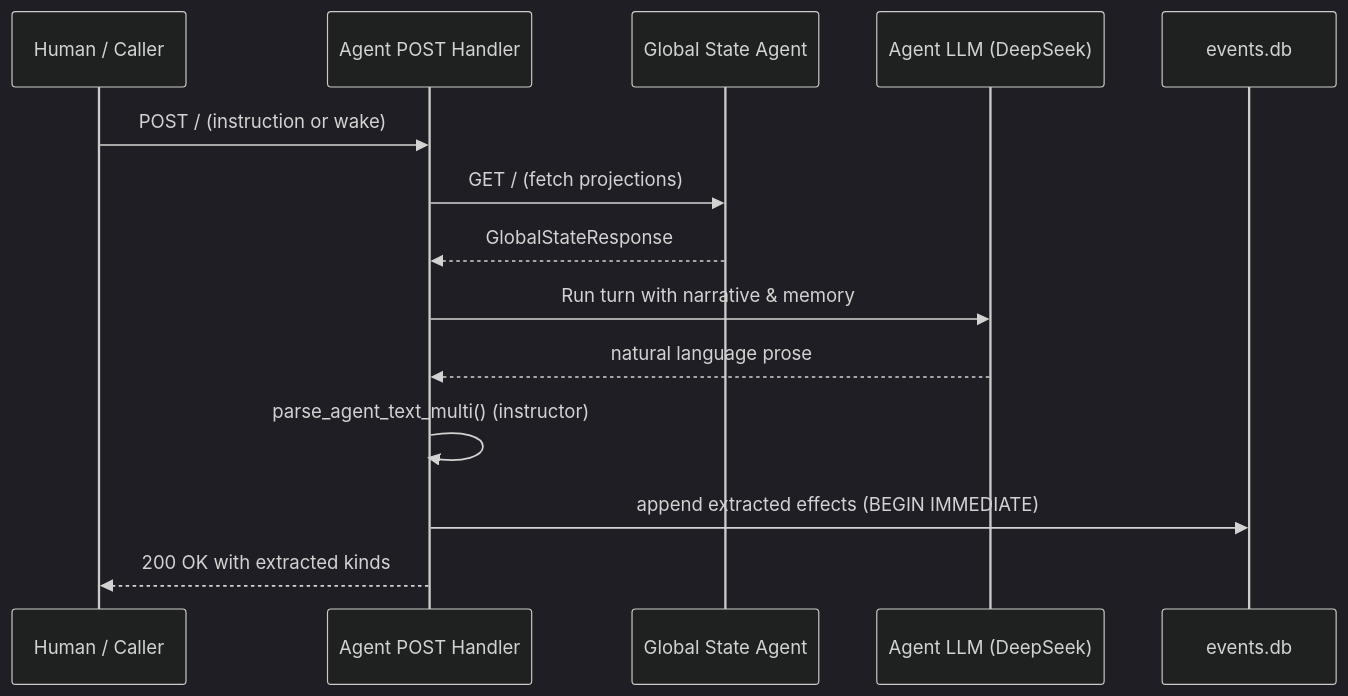
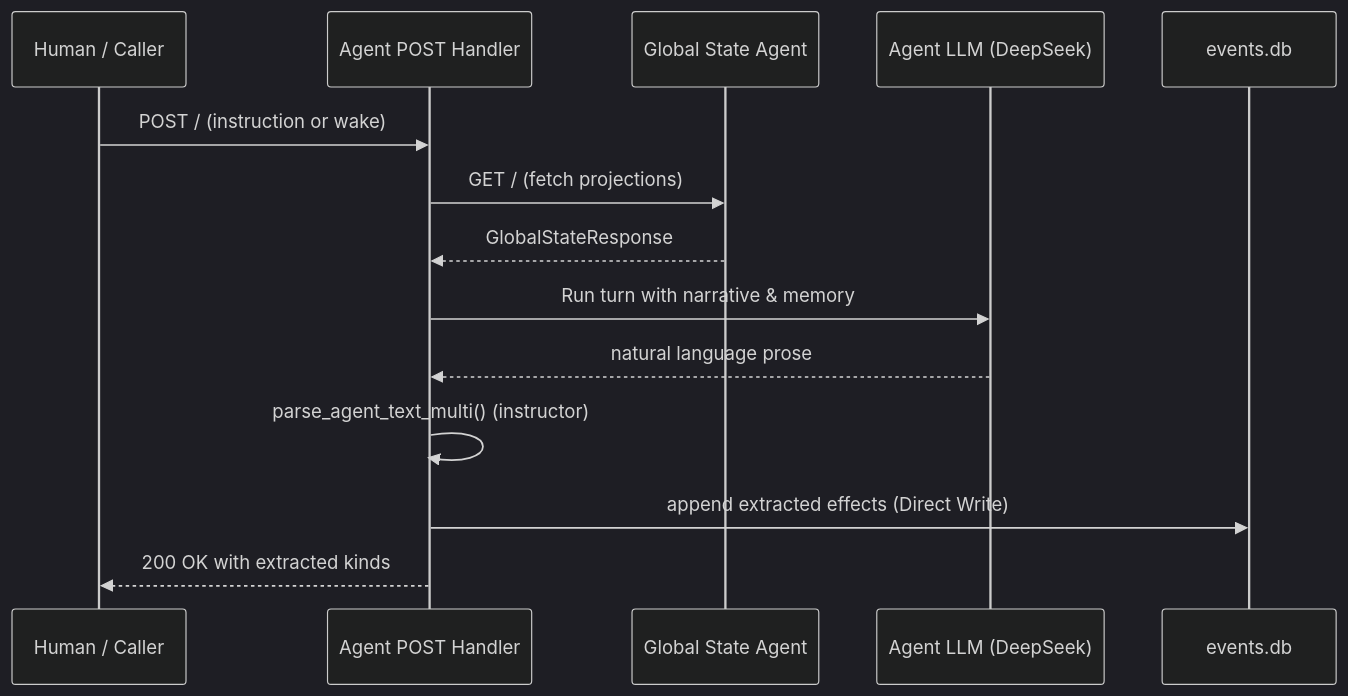
The first of 2 diagrams in obsidian-vault/06 - Data Flows, Config, and Structure.md (OrpingtonClose/economy-documentary), drawn with Mermaid (dark theme) before and after one commit. The commit also changed other lines of this file and 64 other files, not shown here.

````diff
--- a/obsidian-vault/06 - Data Flows, Config, and Structure.md
+++ b/obsidian-vault/06 - Data Flows, Config, and Structure.md
@@ -28,17 +28,17 @@
 ```mermaid
 sequenceDiagram
     participant Op as Human / Caller
     participant Handler as Agent POST Handler
     participant GSA as Global State Agent
     participant LLM as Agent LLM (DeepSeek)
     participant SQLite as events.db
 
     Op->>Handler: POST / (instruction or wake)
     Handler->>GSA: GET / (fetch projections)
     GSA-->>Handler: GlobalStateResponse
     Handler->>LLM: Run turn with narrative & memory
     LLM-->>Handler: natural language prose
     Handler->>Handler: parse_agent_text_multi() (instructor)
-    Handler->>SQLite: append extracted effects (BEGIN IMMEDIATE)
+    Handler->>SQLite: append extracted effects (Direct Write)
     Handler-->>Op: 200 OK with extracted kinds
 ```
````
